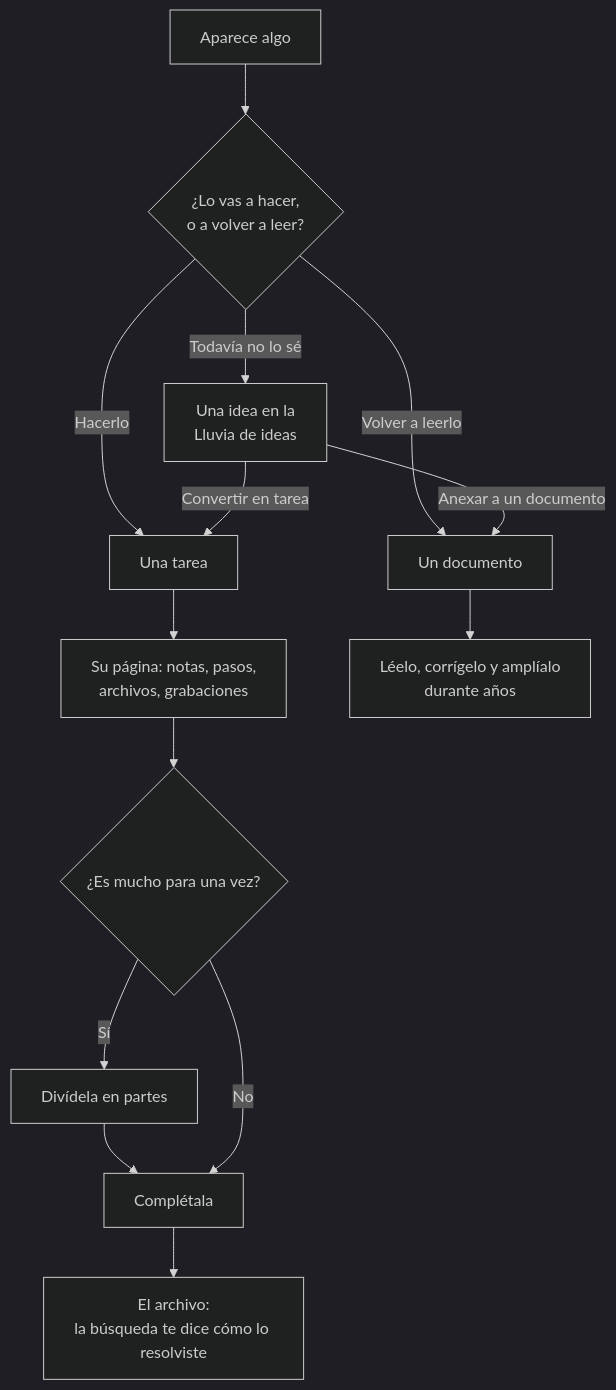
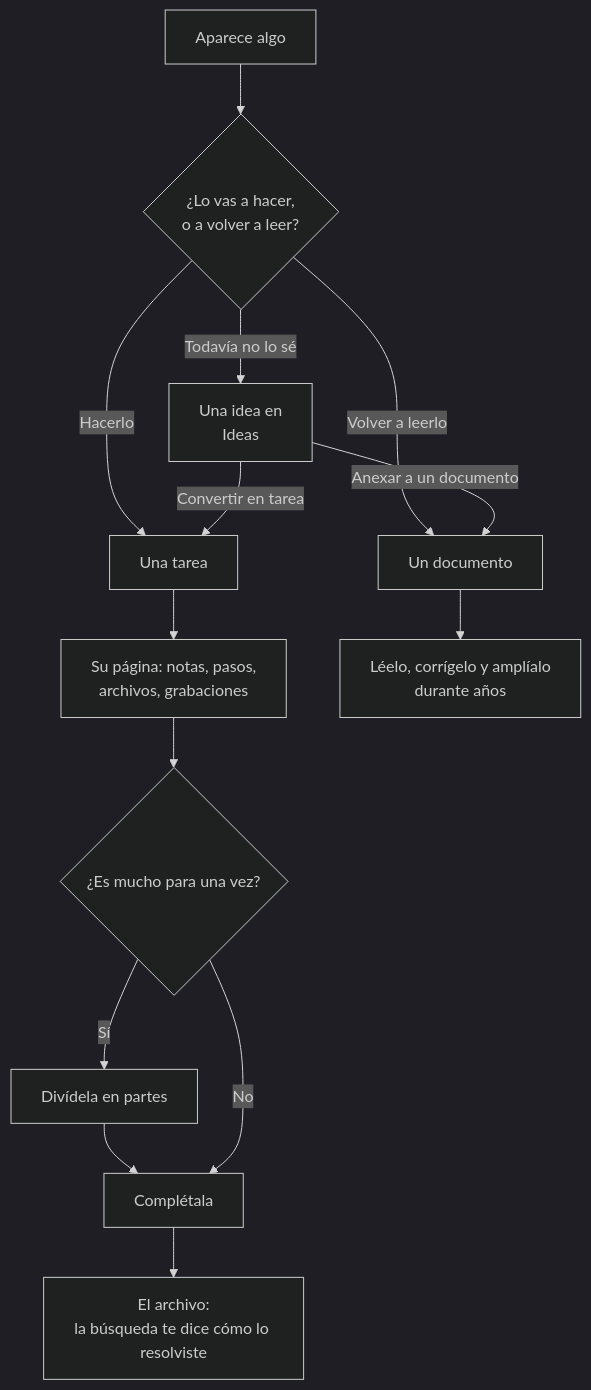
One commit to rgdevment/Tisty changed the first of 4 diagrams in app/src-tauri/resources/guide/es/guia.md. Above: the diagram before and after it, drawn with Mermaid (dark theme). The commit also changed other lines of this file and 30 other files, not shown here.

````diff
--- a/app/src-tauri/resources/guide/es/guia.md
+++ b/app/src-tauri/resources/guide/es/guia.md
@@ -44,16 +44,16 @@
 ```mermaid
 flowchart TD
   A[Aparece algo] --> B{¿Lo vas a hacer,<br/>o a volver a leer?}
   B -->|Hacerlo| T[Una tarea]
   B -->|Volver a leerlo| D[Un documento]
-  B -->|Todavía no lo sé| I[Una idea en la<br/>Lluvia de ideas]
+  B -->|Todavía no lo sé| I[Una idea en<br/>Ideas]
   I -->|Convertir en tarea| T
   I -->|Anexar a un documento| D
   T --> P[Su página: notas, pasos,<br/>archivos, grabaciones]
   P --> S{¿Es mucho para una vez?}
   S -->|Sí| K[Divídela en partes]
   K --> C
   S -->|No| C[Complétala]
   C --> R[El archivo:<br/>la búsqueda te dice cómo lo resolviste]
   D --> G[Léelo, corrígelo y amplíalo<br/>durante años]
 ```
````
